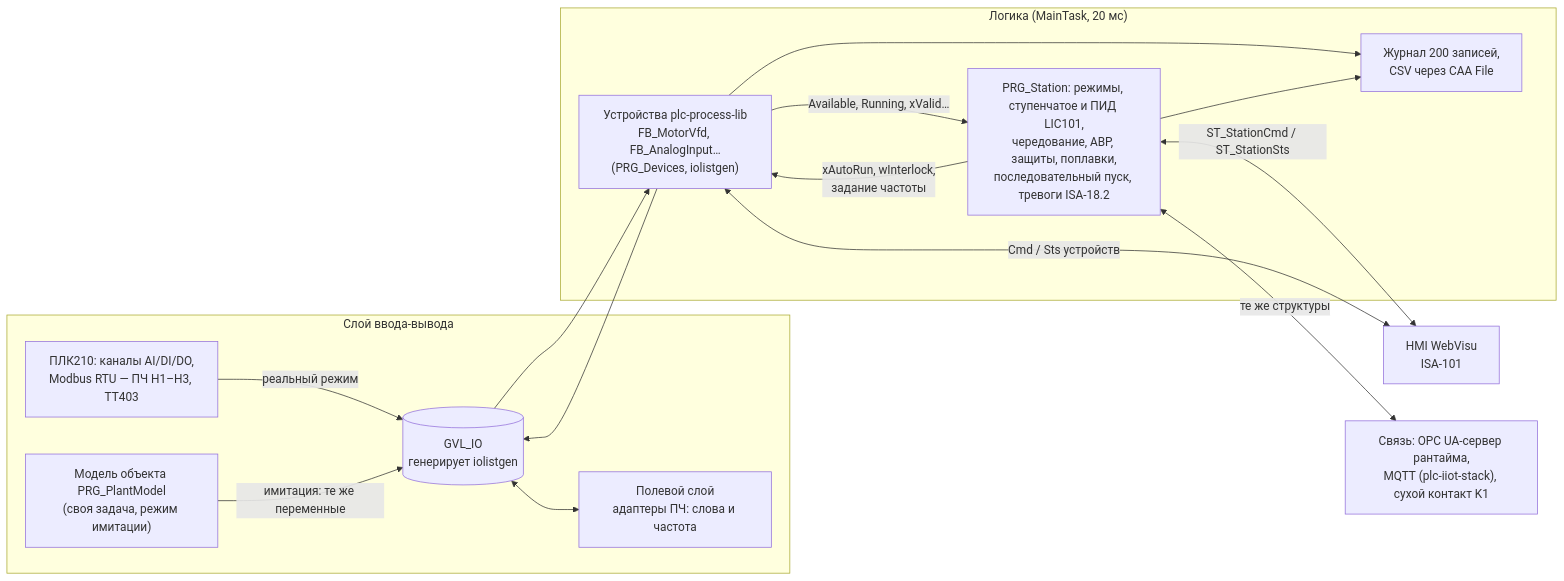
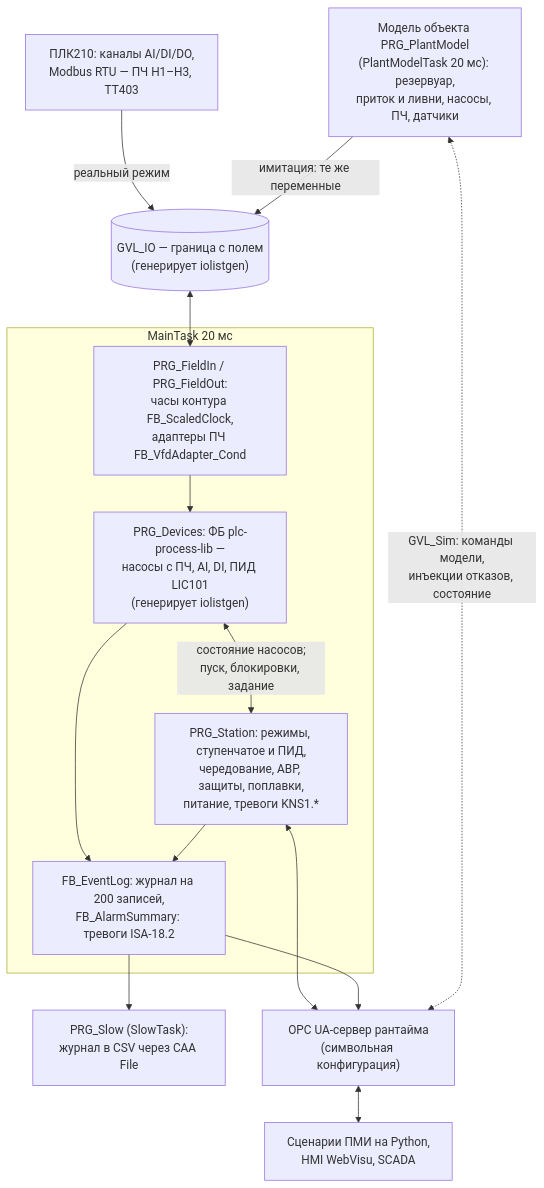
One commit to kr0nsch/kns-pump-station changed the diagram in README.md. Above: the diagram before and after it, drawn with Mermaid. The commit also changed other lines of this file and 11 other files, not shown here.

````diff
--- a/README.md
+++ b/README.md
@@ -37,28 +359,27 @@
 ```mermaid
-flowchart LR
-    subgraph io["Слой ввода-вывода"]
-        plc["ПЛК210: каналы AI/DI/DO,<br/>Modbus RTU — ПЧ Н1–Н3, TT403"]
-        model["Модель объекта PRG_PlantModel<br/>(своя задача, режим имитации)"]
-        gio[("GVL_IO<br/>генерирует iolistgen")]
-        field["Полевой слой<br/>адаптеры ПЧ: слова и частота"]
+flowchart TB
+    field["ПЛК210: каналы AI/DI/DO,<br/>Modbus RTU — ПЧ Н1–Н3, TT403"]
+    model["Модель объекта PRG_PlantModel<br/>(PlantModelTask 20 мс): резервуар,<br/>приток и ливни, насосы, ПЧ, датчики"]
+    gio[("GVL_IO — граница с полем<br/>(генерирует iolistgen)")]
+    field -->|"реальный режим"| gio
+    model -->|"имитация: те же переменные"| gio
+    subgraph main["MainTask 20 мс"]
+        fin["PRG_FieldIn / PRG_FieldOut:<br/>часы контура FB_ScaledClock,<br/>адаптеры ПЧ FB_VfdAdapter_Cond"]
+        dev["PRG_Devices: ФБ plc-process-lib —<br/>насосы с ПЧ, AI, DI, ПИД LIC101<br/>(генерирует iolistgen)"]
+        st["PRG_Station: режимы, ступенчатое и ПИД,<br/>чередование, АВР, защиты, поплавки,<br/>питание, тревоги KNS1.*"]
+        log["FB_EventLog: журнал на 200 записей,<br/>FB_AlarmSummary: тревоги ISA-18.2"]
+        fin --> dev
+        dev <-->|"состояние насосов;<br/>пуск, блокировки, задание"| st
+        dev --> log
+        st --> log
     end
-    subgraph logic["Логика (MainTask, 20 мс)"]
-        dev["Устройства plc-process-lib<br/>FB_MotorVfd, FB_AnalogInput…<br/>(PRG_Devices, iolistgen)"]
-        st["PRG_Station: режимы, ступенчатое и ПИД LIC101,<br/>чередование, АВР, защиты, поплавки,<br/>последовательный пуск, тревоги ISA-18.2"]
-        log["Журнал 200 записей,<br/>CSV через CAA File"]
-    end
-    hmi["HMI WebVisu<br/>ISA-101"]
-    comms["Связь: OPC UA-сервер рантайма,<br/>MQTT (plc-iiot-stack), сухой контакт K1"]
-    plc -->|"реальный режим"| gio
-    model -->|"имитация: те же переменные"| gio
-    gio <--> field
-    gio --> dev
-    dev -->|"Available, Running, xValid…"| st
-    st -->|"xAutoRun, wInterlock,<br/>задание частоты"| dev
-    dev --> gio
-    dev --> log
-    st --> log
-    st <-->|"ST_StationCmd / ST_StationSts"| hmi
-    st <-->|"те же структуры"| comms
-    dev <-->|"Cmd / Sts устройств"| hmi
+    gio <--> fin
+    slow["PRG_Slow (SlowTask):<br/>журнал в CSV через CAA File"]
+    opc["OPC UA-сервер рантайма<br/>(символьная конфигурация)"]
+    ext["Сценарии ПМИ на Python,<br/>HMI WebVisu, SCADA"]
+    log --> slow
+    st <--> opc
+    log --> opc
+    opc <--> ext
+    model <-.->|"GVL_Sim: команды модели,<br/>инъекции отказов, состояние"| opc
 ```
````
